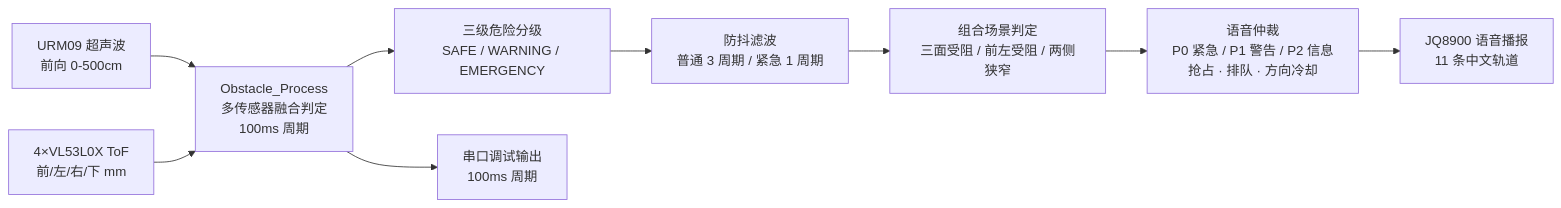
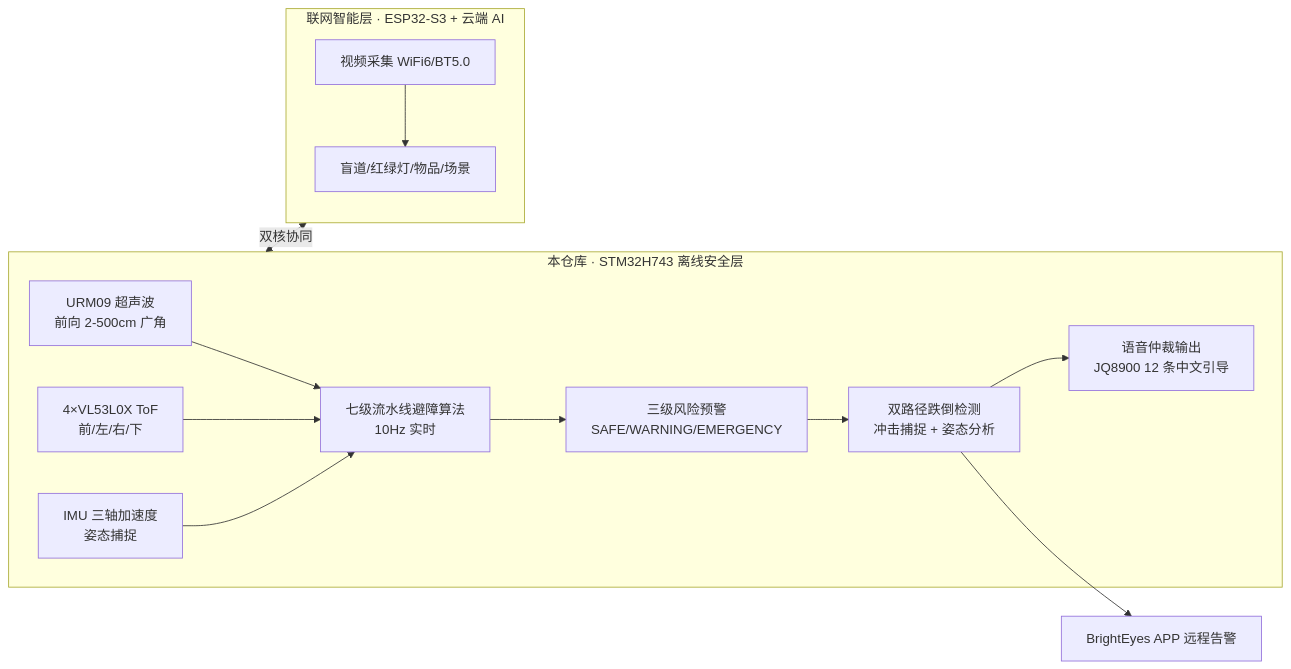
One commit to 3072963Charles/blindglasses-stm32 changed the diagram in README.md. Above: the diagram before and after it, drawn with Mermaid. The commit also changed other lines of this file, not shown here.

Commit message:
Revamp README - dual-core dual-mode architecture (offline safety layer, co-working with ESP32-S3)

````diff
--- a/README.md
+++ b/README.md
@@ -38,11 +33,19 @@
 ```mermaid
 flowchart LR
-    U[URM09 超声波<br/>前向 0-500cm] --> P[Obstacle_Process<br/>多传感器融合判定<br/>100ms 周期]
-    T[4×VL53L0X ToF<br/>前/左/右/下 mm] --> P
-    P --> L1[三级危险分级<br/>SAFE / WARNING / EMERGENCY]
-    L1 --> L2[防抖滤波<br/>普通 3 周期 / 紧急 1 周期]
-    L2 --> L3[组合场景判定<br/>三面受阻 / 前左受阻 / 两侧狭窄]
-    L3 --> L4[语音仲裁<br/>P0 紧急 / P1 警告 / P2 信息<br/>抢占 · 排队 · 方向冷却]
-    L4 --> V[JQ8900 语音播报<br/>11 条中文轨道]
-    P --> DBG[串口调试输出<br/>100ms 周期]
+    subgraph Hub[本仓库 · STM32H743 离线安全层]
+        S1[URM09 超声波<br/>前向 2-500cm 广角]
+        S2[4×VL53L0X ToF<br/>前/左/右/下]
+        S3[IMU 三轴加速度<br/>姿态捕捉]
+        S1 & S2 & S3 --> P[七级流水线避障算法<br/>10Hz 实时]
+        P --> L1[三级风险预警<br/>SAFE/WARNING/EMERGENCY]
+        L1 --> L2[双路径跌倒检测<br/>冲击捕捉 + 姿态分析]
+        L2 --> L3[语音仲裁输出<br/>JQ8900 12 条中文引导]
+    end
+    subgraph AI[联网智能层 · ESP32-S3 + 云端 AI]
+        E1[视频采集 WiFi6/BT5.0]
+        E2[盲道/红绿灯/物品/场景]
+        E1 --> E2
+    end
+    Hub <-->|双核协同| AI
+    L2 --> APP[BrightEyes APP 远程告警]
 ```
````
